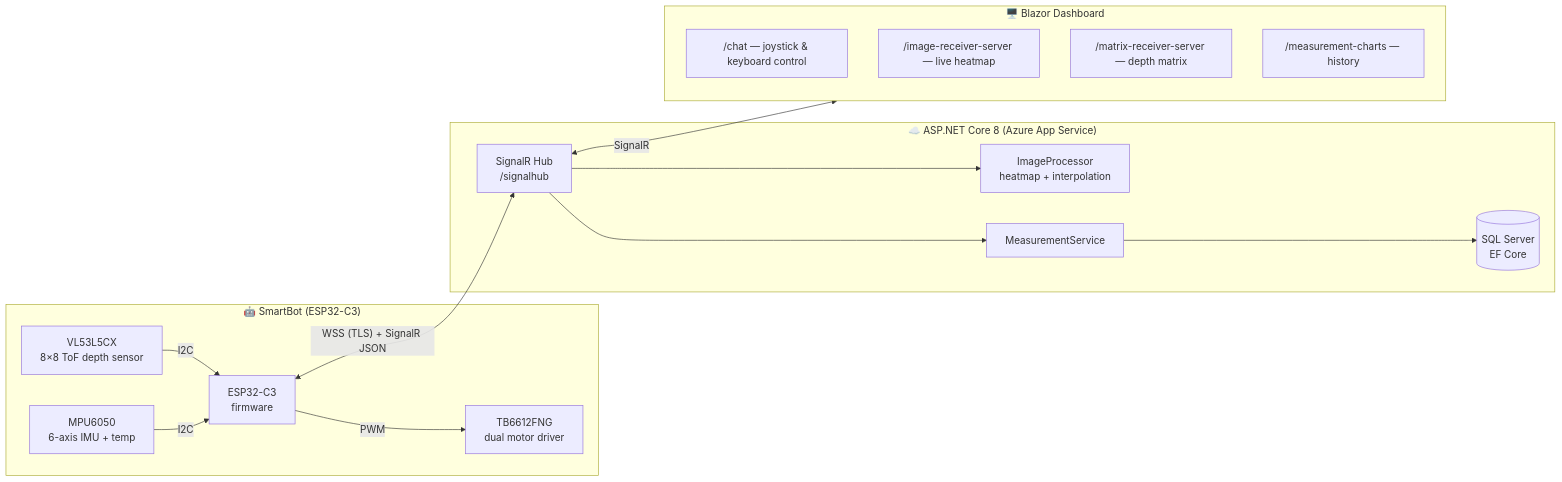
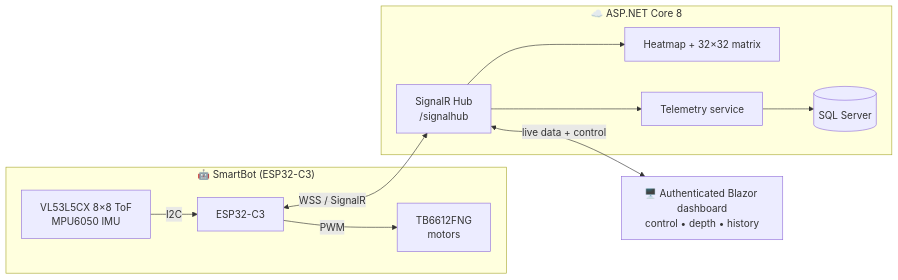
The diagram in README.md (Kamilr616/SmartBotAPI), drawn with Mermaid before and after one commit. The commit also changed other lines of this file and 10 other files, not shown here.

Commit message:
Document SmartBot architecture and deployment

````diff
--- a/README.md
+++ b/README.md
@@ -37,31 +40,17 @@
 ```mermaid
 flowchart LR
     subgraph Robot["🤖 SmartBot (ESP32-C3)"]
-        TOF["VL53L5CX<br/>8×8 ToF depth sensor"]
-        IMU["MPU6050<br/>6-axis IMU + temp"]
-        MOT["TB6612FNG<br/>dual motor driver"]
-        MCU["ESP32-C3<br/>firmware"]
-        TOF -- I2C --> MCU
-        IMU -- I2C --> MCU
-        MCU -- PWM --> MOT
+        SENS["VL53L5CX 8×8 ToF<br/>MPU6050 IMU"] -->|"I2C"| MCU["ESP32-C3"]
+        MCU -->|"PWM"| MOT["TB6612FNG<br/>motors"]
     end
 
-    subgraph Server["☁️ ASP.NET Core 8 (Azure App Service)"]
+    subgraph Server["☁️ ASP.NET Core 8"]
         HUB["SignalR Hub<br/>/signalhub"]
-        IMG["ImageProcessor<br/>heatmap + interpolation"]
-        SVC["MeasurementService"]
-        DB[("SQL Server<br/>EF Core")]
-        HUB --> IMG
-        HUB --> SVC --> DB
+        HUB --> VIEW["Heatmap + 32×32 matrix"]
+        HUB --> DATA["Telemetry service"] --> DB[("SQL Server")]
     end
 
-    subgraph Client["🖥️ Blazor Dashboard"]
-        CHAT["/chat — joystick & keyboard control"]
-        HEAT["/image-receiver-server — live heatmap"]
-        MTRX["/matrix-receiver-server — depth matrix"]
-        CHRT["/measurement-charts — history"]
-    end
-
-    MCU <-- "WSS (TLS) + SignalR JSON" --> HUB
-    HUB <-- "SignalR" --> Client
+    UI["🖥️ Authenticated Blazor dashboard<br/>control • depth • history"]
+    MCU <-->|"WSS / SignalR"| HUB
+    HUB <-->|"live data + control"| UI
 ```
````
